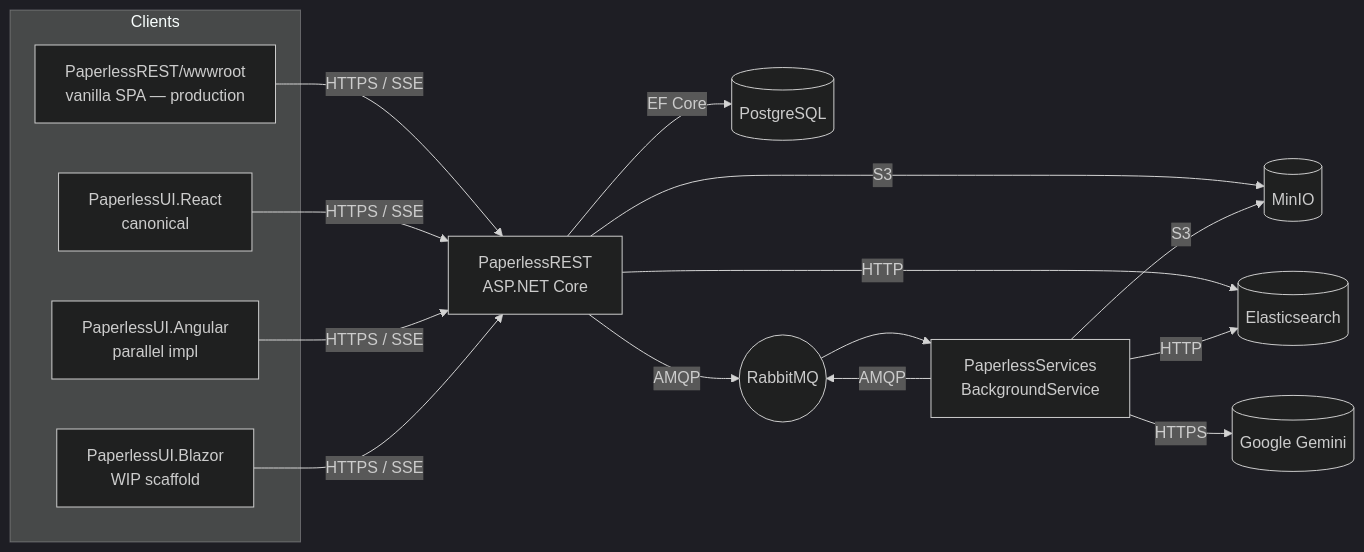
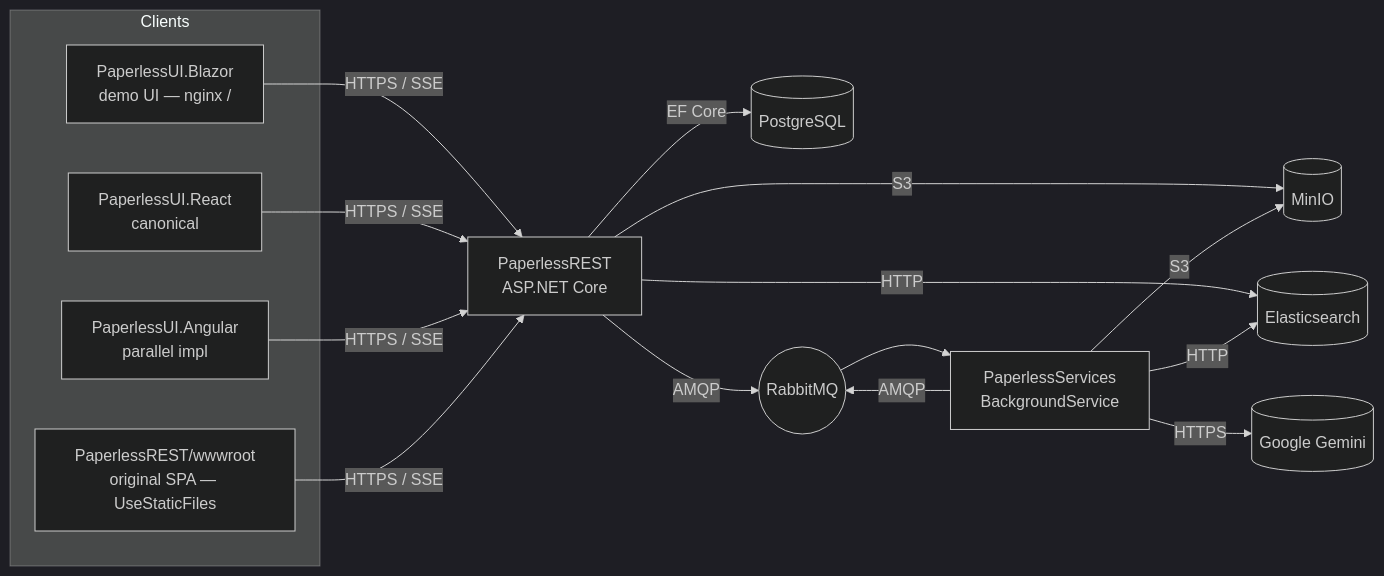
The diagram in README.md (ANcpLua/Paperless), drawn with Mermaid before and after one commit. The commit also changed other lines of this file and 5 other files, not shown here.

````diff
--- a/README.md
+++ b/README.md
@@ -72,20 +73,20 @@
 ```mermaid
 %%{init: {'theme':'dark'}}%%
 flowchart LR
     subgraph Clients
-      wwwroot[PaperlessREST/wwwroot<br/>vanilla SPA — production]
+      Blazor[PaperlessUI.Blazor<br/>demo UI — nginx /]
       React[PaperlessUI.React<br/>canonical]
       Angular[PaperlessUI.Angular<br/>parallel impl]
-      Blazor[PaperlessUI.Blazor<br/>WIP scaffold]
+      wwwroot[PaperlessREST/wwwroot<br/>original SPA — UseStaticFiles]
     end
-    wwwroot & React & Angular & Blazor -->|HTTPS / SSE| REST[PaperlessREST<br/>ASP.NET Core]
+    Blazor & React & Angular & wwwroot -->|HTTPS / SSE| REST[PaperlessREST<br/>ASP.NET Core]
     REST -->|EF Core| PG[(PostgreSQL)]
     REST -->|S3| MIN[(MinIO)]
     REST -->|HTTP| ES[(Elasticsearch)]
     REST -->|AMQP| RMQ((RabbitMQ))
     RMQ --> WORK[PaperlessServices<br/>BackgroundService]
     WORK -->|S3| MIN
     WORK -->|HTTP| ES
     WORK -->|HTTPS| GEM[(Google Gemini)]
     WORK -->|AMQP| RMQ
 ```
````
